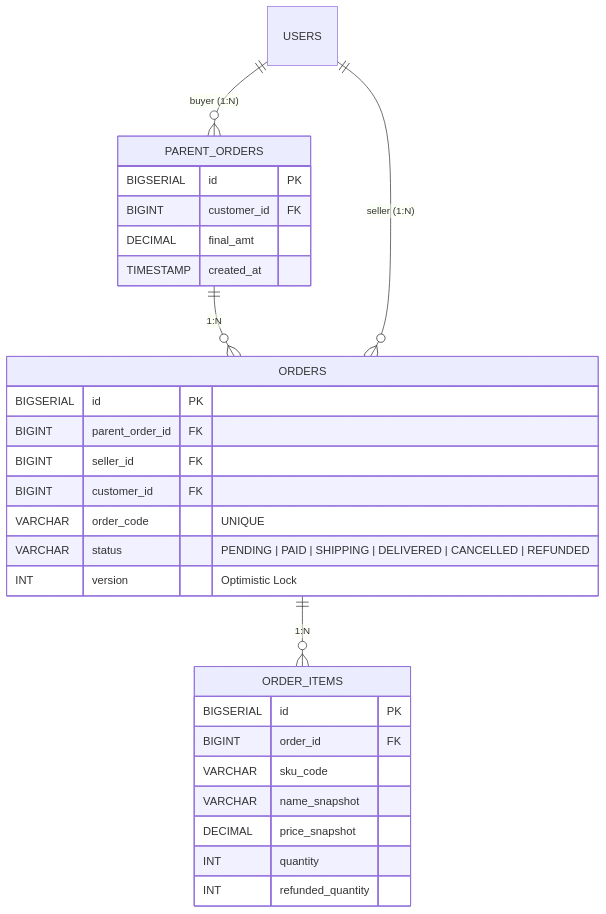
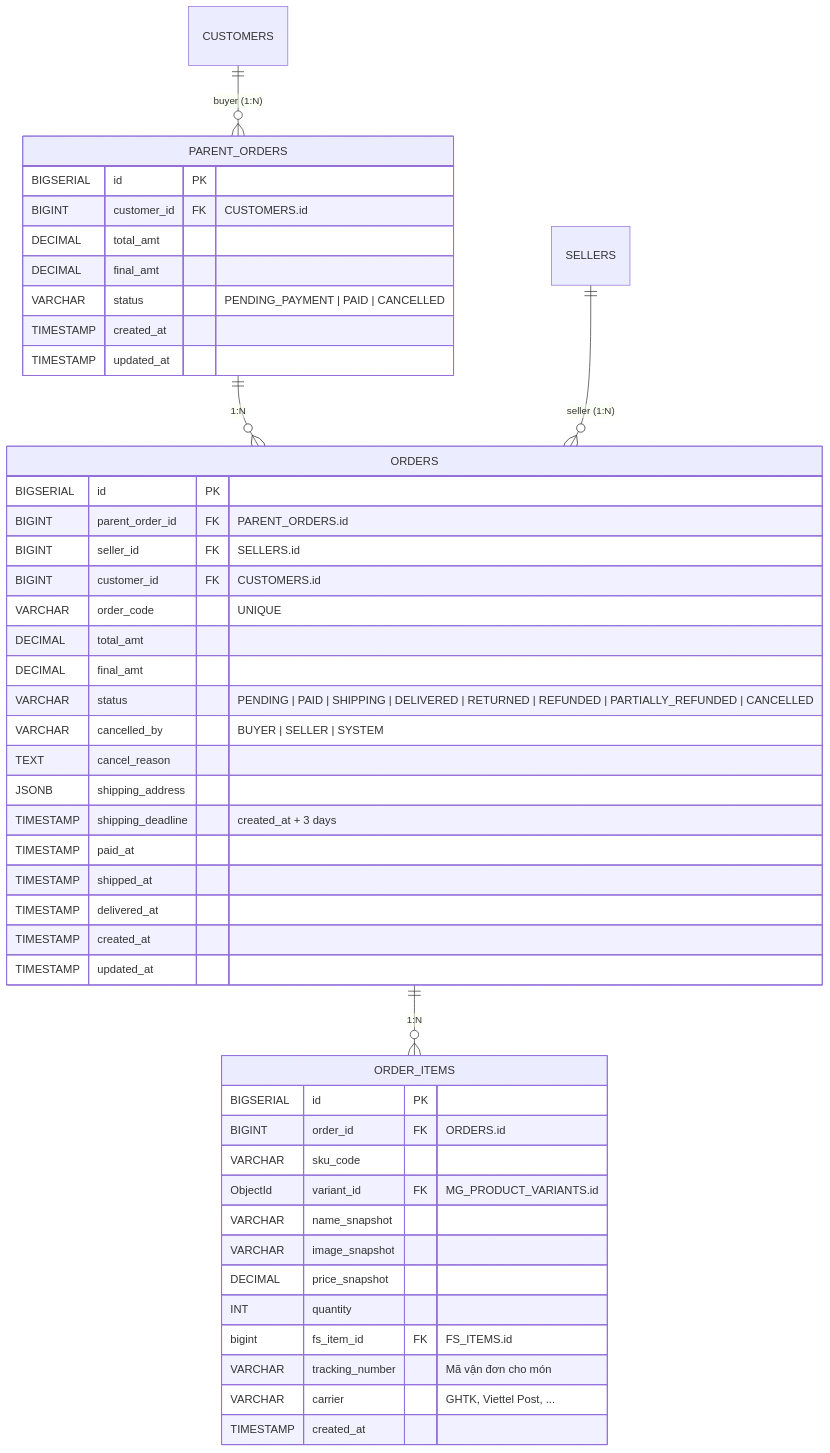
The third of 10 diagrams in docs/architecture/diagrams/01_erd_compact.md (ldqanh1408/stealing-from-paradise), drawn with Mermaid before and after one commit. The commit also changed other lines of this file and 21 other files, not shown here.

````diff
--- a/docs/architecture/diagrams/01_erd_compact.md
+++ b/docs/architecture/diagrams/01_erd_compact.md
@@ -113,34 +140,52 @@
 ```mermaid
 erDiagram
-    USERS ||--o{ PARENT_ORDERS : "buyer (1:N)"
+    CUSTOMERS ||--o{ PARENT_ORDERS : "buyer (1:N)"
     PARENT_ORDERS ||--o{ ORDERS : "1:N"
-    USERS ||--o{ ORDERS : "seller (1:N)"
+    SELLERS ||--o{ ORDERS : "seller (1:N)"
     ORDERS ||--o{ ORDER_ITEMS : "1:N"
+
     PARENT_ORDERS {
         BIGSERIAL id PK
-        BIGINT customer_id FK
+        BIGINT customer_id FK "CUSTOMERS.id"
+        DECIMAL total_amt
         DECIMAL final_amt
+        VARCHAR status "PENDING_PAYMENT | PAID | CANCELLED"
         TIMESTAMP created_at
+        TIMESTAMP updated_at
     }
 
     ORDERS {
         BIGSERIAL id PK
-        BIGINT parent_order_id FK
-        BIGINT seller_id FK
-        BIGINT customer_id FK
+        BIGINT parent_order_id FK "PARENT_ORDERS.id"
+        BIGINT seller_id FK "SELLERS.id"
+        BIGINT customer_id FK "CUSTOMERS.id"
         VARCHAR order_code "UNIQUE"
-        VARCHAR status "PENDING | PAID | SHIPPING | DELIVERED | CANCELLED | REFUNDED"
-        INT version "Optimistic Lock"
+        DECIMAL total_amt
+        DECIMAL final_amt
+        VARCHAR status "PENDING | PAID | SHIPPING | DELIVERED | RETURNED | REFUNDED | PARTIALLY_REFUNDED | CANCELLED"
+        VARCHAR cancelled_by "BUYER | SELLER | SYSTEM"
+        TEXT cancel_reason
+        JSONB shipping_address
+        TIMESTAMP shipping_deadline "created_at + 3 days"
+        TIMESTAMP paid_at
+        TIMESTAMP shipped_at
+        TIMESTAMP delivered_at
+        TIMESTAMP created_at
+        TIMESTAMP updated_at
     }
 
     ORDER_ITEMS {
         BIGSERIAL id PK
-        BIGINT order_id FK
+        BIGINT order_id FK "ORDERS.id"
         VARCHAR sku_code
+        ObjectId variant_id FK "MG_PRODUCT_VARIANTS.id"
         VARCHAR name_snapshot
+        VARCHAR image_snapshot
         DECIMAL price_snapshot
         INT quantity
-        INT refunded_quantity
+        bigint fs_item_id FK "FS_ITEMS.id"
+        VARCHAR tracking_number "Mã vận đơn cho món"
+        VARCHAR carrier "GHTK, Viettel Post, ..."
+        TIMESTAMP created_at
     }
-
 ```
````
